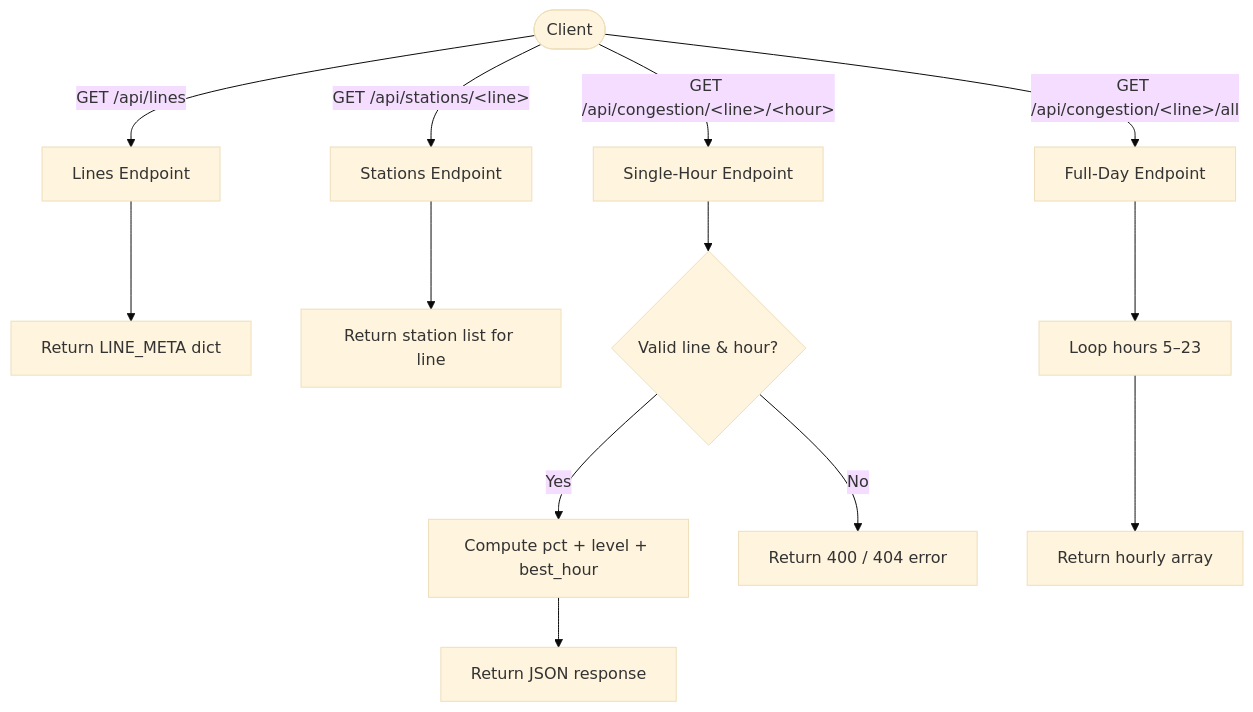
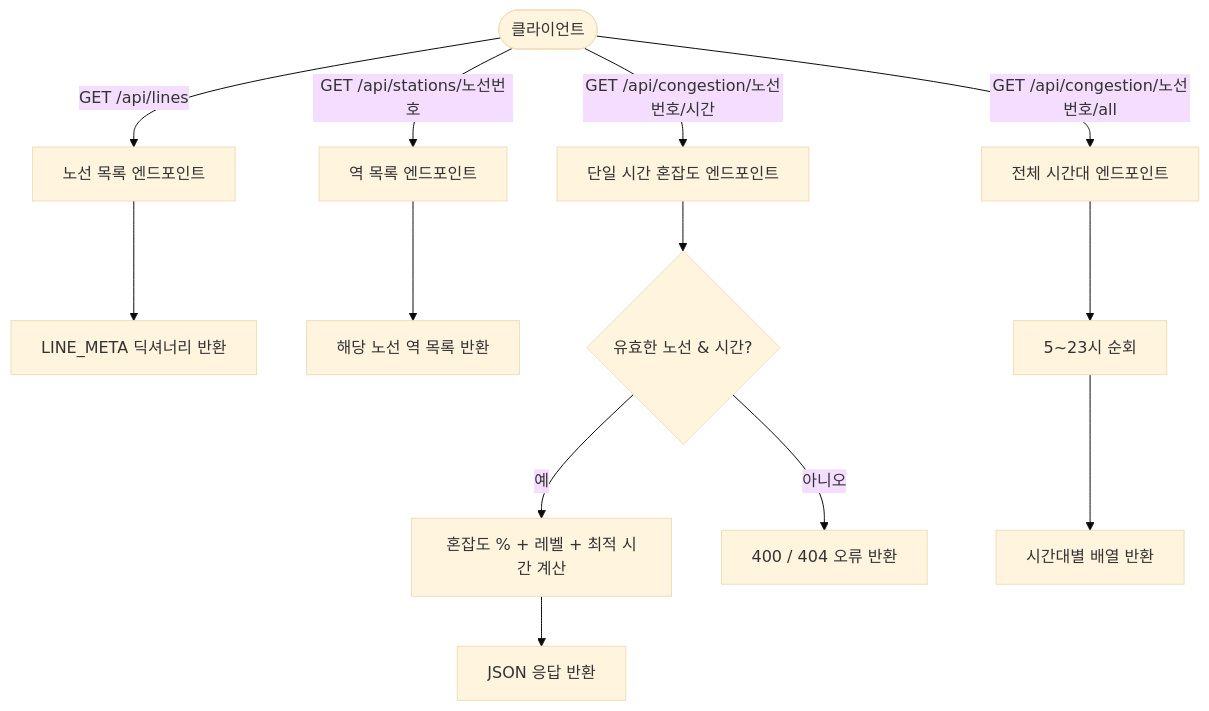
The first of 2 diagrams in README.md (vosnuev/Subway_CrowdCheck), drawn with Mermaid (base theme) before and after one commit. The commit also changed other lines of this file, not shown here.

````diff
--- a/README.md
+++ b/README.md
@@ -171,16 +187,16 @@
 ```mermaid
 flowchart TD
-    A([Client]) -->|GET /api/lines| B[Lines Endpoint]
-    A -->|GET /api/stations/&lt;line&gt;| C[Stations Endpoint]
-    A -->|GET /api/congestion/&lt;line&gt;/&lt;hour&gt;| D[Single-Hour Endpoint]
-    A -->|GET /api/congestion/&lt;line&gt;/all| E[Full-Day Endpoint]
+    A([클라이언트]) -->|GET /api/lines| B[노선 목록 엔드포인트]
+    A -->|GET /api/stations/노선번호| C[역 목록 엔드포인트]
+    A -->|GET /api/congestion/노선번호/시간| D[단일 시간 혼잡도 엔드포인트]
+    A -->|GET /api/congestion/노선번호/all| E[전체 시간대 엔드포인트]
 
-    B --> F[Return LINE_META dict]
-    C --> G[Return station list for line]
-    D --> H{Valid line & hour?}
-    H -->|Yes| I[Compute pct + level + best_hour]
-    H -->|No| J[Return 400 / 404 error]
-    I --> K[Return JSON response]
-    E --> L[Loop hours 5–23]
-    L --> M[Return hourly array]
+    B --> F[LINE_META 딕셔너리 반환]
+    C --> G[해당 노선 역 목록 반환]
+    D --> H{유효한 노선 & 시간?}
+    H -->|예| I[혼잡도 % + 레벨 + 최적 시간 계산]
+    H -->|아니오| J[400 / 404 오류 반환]
+    I --> K[JSON 응답 반환]
+    E --> L[5~23시 순회]
+    L --> M[시간대별 배열 반환]
 ```
````
